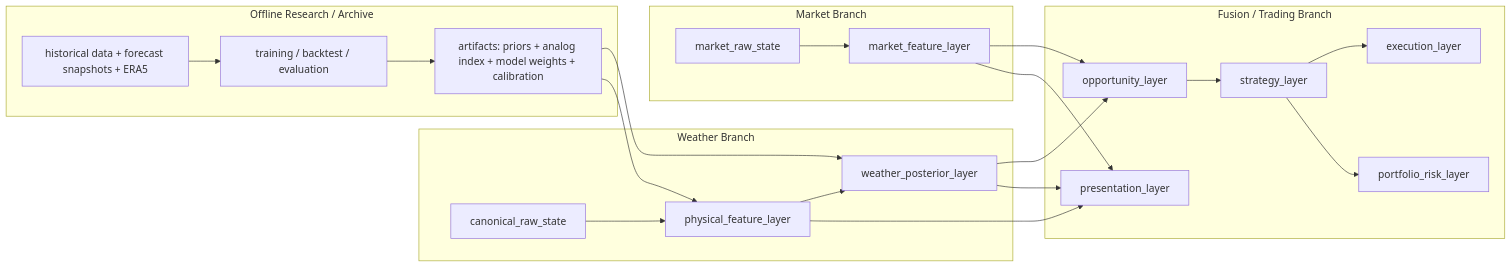
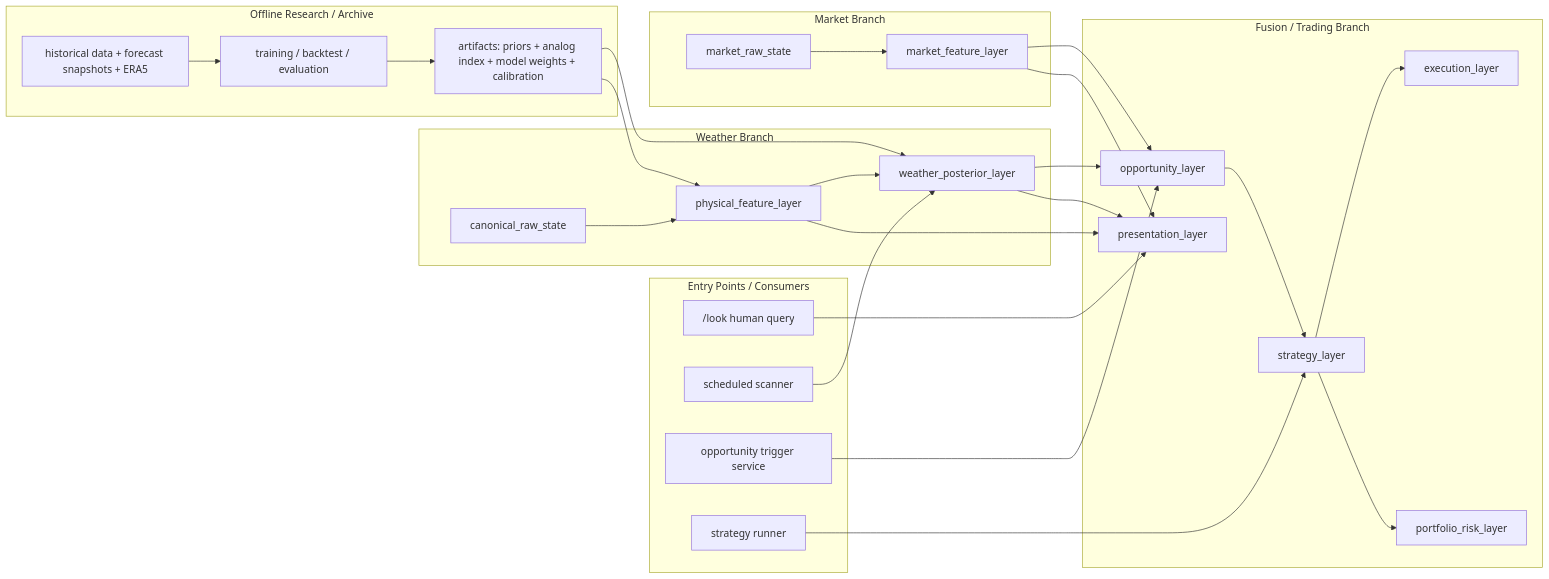
One commit to sanslayr/polymarket-weatherbot changed the diagram in docs/core/TARGET_ARCHITECTURE.md. Above: the diagram before and after it, drawn with Mermaid. The commit also changed other lines of this file and 45 other files, not shown here.

````diff
--- a/docs/core/TARGET_ARCHITECTURE.md
+++ b/docs/core/TARGET_ARCHITECTURE.md
@@ -19,39 +22,50 @@
 ```mermaid
 flowchart LR
+    subgraph Entrypoints["Entry Points / Consumers"]
+        U0["/look human query"]
+        U1["scheduled scanner"]
+        U2["opportunity trigger service"]
+        U3["strategy runner"]
+    end
+
     subgraph Weather["Weather Branch"]
         W0[canonical_raw_state]
         W1[physical_feature_layer]
         W2[weather_posterior_layer]
     end
 
     subgraph Market["Market Branch"]
         M0[market_raw_state]
         M1[market_feature_layer]
     end
 
     subgraph Fusion["Fusion / Trading Branch"]
         F0[opportunity_layer]
         F1[strategy_layer]
         F2[execution_layer]
         F3[portfolio_risk_layer]
         F4[presentation_layer]
     end
 
     subgraph Research["Offline Research / Archive"]
         R0[historical data + forecast snapshots + ERA5]
         R1[training / backtest / evaluation]
         R2[artifacts: priors + analog index + model weights + calibration]
     end
 
+    U0 --> F4
+    U1 --> W2
+    U2 --> F0
+    U3 --> F1
     W0 --> W1 --> W2
     M0 --> M1
     W2 --> F0
     M1 --> F0
     F0 --> F1 --> F2
     F1 --> F3
     W2 --> F4
     W1 --> F4
     M1 --> F4
     R0 --> R1 --> R2 --> W2
     R2 --> W1
 ```
````
